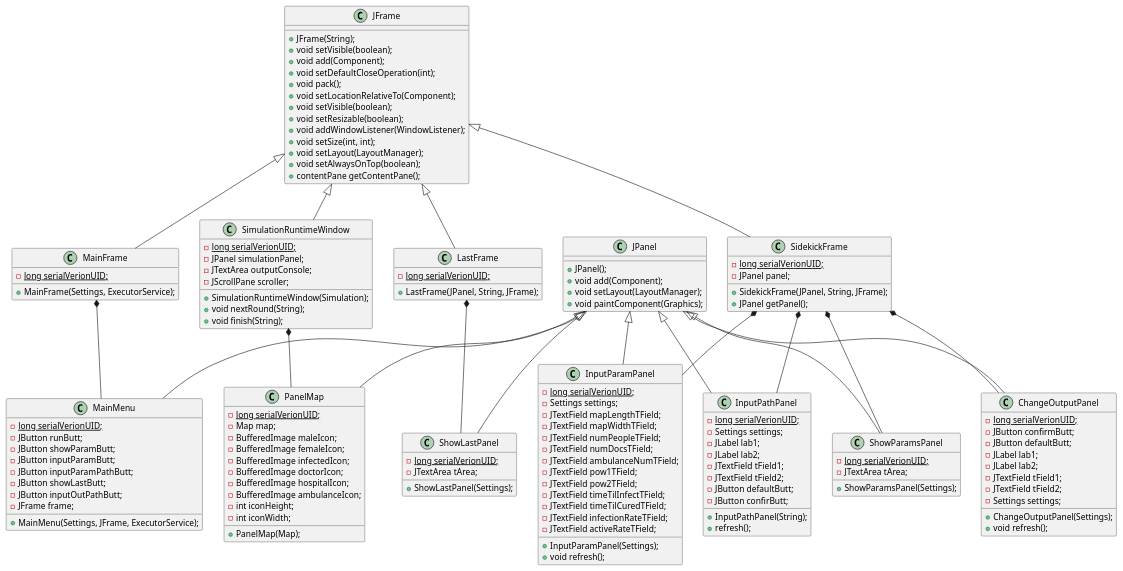
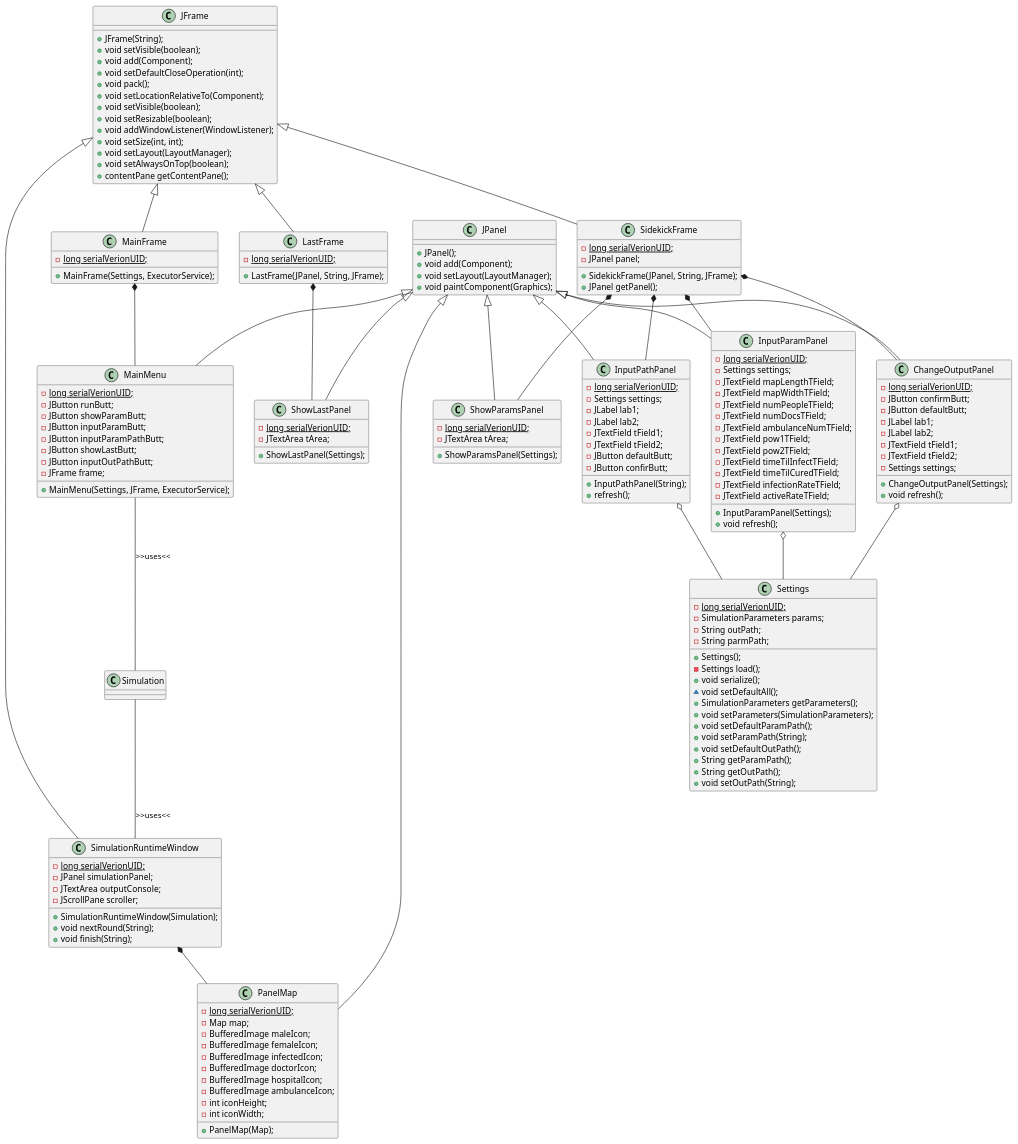
The diagram in dokumentacja/class_diagram/class_diagram_gui/class_diagram_gui_08062020.plantuml (karolWazny/plague-repo), drawn with PlantUML before and after one commit. The commit also changed 2 other files, not shown here.

```diff
--- a/dokumentacja/class_diagram/class_diagram_gui/class_diagram_gui_08062020.plantuml
+++ b/dokumentacja/class_diagram/class_diagram_gui/class_diagram_gui_08062020.plantuml
@@ -1,156 +1,180 @@
 @startuml class_diagram_gui_08062020
 
 class JFrame {
     + JFrame(String);
     + void setVisible(boolean);
     + void add(Component);
     + void setDefaultCloseOperation(int);
     + void pack();
     + void setLocationRelativeTo(Component);
     + void setVisible(boolean);
     + void setResizable(boolean);
     + void addWindowListener(WindowListener);
     + void setSize(int, int);
     + void setLayout(LayoutManager);
     + void setAlwaysOnTop(boolean);
     + contentPane getContentPane(); 
 }
 
 class JPanel {
     + JPanel();
     + void add(Component);
     + void setLayout(LayoutManager);
     + void paintComponent(Graphics);
 
 }
 
 class LastFrame {
     - {static} long serialVerionUID;
     + LastFrame(JPanel, String, JFrame);
 }
 
 class MainFrame {
     - {static} long serialVerionUID;
     + MainFrame(Settings, ExecutorService);
 }
 
 class SidekickFrame {
     - {static} long serialVerionUID;
     - JPanel panel;
     + SidekickFrame(JPanel, String, JFrame);
     + JPanel getPanel();
 }
 
 class SimulationRuntimeWindow{
     - {static} long serialVerionUID;
     - JPanel simulationPanel;
     - JTextArea outputConsole;
     - JScrollPane scroller;
     + SimulationRuntimeWindow(Simulation);
     + void nextRound(String);
     + void finish(String);
 }
 
 class ChangeOutputPanel {
     - {static} long serialVerionUID;
     - JButton confirmButt;
     - JButton defaultButt;
     - JLabel lab1;
     - JLabel lab2;
     - JTextField tField1;
     - JTextField tField2;
     - Settings settings;
     + ChangeOutputPanel(Settings);
     + void refresh();
 }
 
 class InputParamPanel{
     - {static} long serialVerionUID;
     - Settings settings;
     - JTextField mapLengthTField;
     - JTextField mapWidthTField;
     - JTextField numPeopleTField;
     - JTextField numDocsTField;
     - JTextField ambulanceNumTField;
     - JTextField pow1TField;
     - JTextField pow2TField;
     - JTextField timeTilInfectTField;
     - JTextField timeTilCuredTField;
     - JTextField infectionRateTField;
     - JTextField activeRateTField;
     + InputParamPanel(Settings);
     + void refresh();
 }
 
 class InputPathPanel {
     - {static} long serialVerionUID;
     - Settings settings;
     - JLabel lab1;
     - JLabel lab2;
     - JTextField tField1;
     - JTextField tField2;
     - JButton defaultButt;
     - JButton confirButt;
     + InputPathPanel(String);
     + refresh();
 }
 
 class MainMenu {
     - {static} long serialVerionUID;
     - JButton runButt;
     - JButton showParamButt;
     - JButton inputParamButt;
     - JButton inputParamPathButt;
     - JButton showLastButt;
     - JButton inputOutPathButt;
     - JFrame frame;
     + MainMenu(Settings, JFrame, ExecutorService);
 }
 
 class PanelMap {
     - {static} long serialVerionUID;
     - Map map;
     - BufferedImage maleIcon;
     - BufferedImage femaleIcon;
     - BufferedImage infectedIcon;
     - BufferedImage doctorIcon;
     - BufferedImage hospitalIcon;
     - BufferedImage ambulanceIcon;
     - int iconHeight;
     - int iconWidth;
     + PanelMap(Map);
 }
 
 class ShowLastPanel {
     - {static} long serialVerionUID;
     - JTextArea tArea;
     + ShowLastPanel(Settings);
 }
 
 class ShowParamsPanel {
     - {static} long serialVerionUID;
     - JTextArea tArea;
     + ShowParamsPanel(Settings);
 }
 
+class Settings{
+    - {static} long serialVerionUID;
+    - SimulationParameters params;
+    - String outPath;
+    - String parmPath;
+    + Settings();
+    - Settings load();
+    + void serialize();
+    ~ void setDefaultAll();
+    + SimulationParameters getParameters();
+    + void setParameters(SimulationParameters);
+    + void setDefaultParamPath();
+    + void setParamPath(String);
+    + void setDefaultOutPath();
+    + String getParamPath();
+    + String getOutPath();
+    + void setOutPath(String);
+}
+
 JFrame<|--MainFrame
 JFrame<|--SidekickFrame
 JFrame<|--SimulationRuntimeWindow
 JFrame<|-- LastFrame
 JPanel<|--ChangeOutputPanel
 JPanel<|--InputParamPanel
 JPanel<|--InputPathPanel
 JPanel<|--MainMenu
 JPanel<|--PanelMap
 JPanel<|--ShowLastPanel
 JPanel<|--ShowParamsPanel
 
-SidekickFrame*--ChangeOutputPanel
-SidekickFrame*--InputParamPanel
-SidekickFrame*--InputPathPanel
-SidekickFrame*--ShowParamsPanel
-MainFrame*--MainMenu
-LastFrame*--ShowLastPanel
-SimulationRuntimeWindow*--PanelMap
+SidekickFrame *-- ChangeOutputPanel
+SidekickFrame *-- InputParamPanel
+SidekickFrame *-- InputPathPanel
+SidekickFrame *-- ShowParamsPanel
+MainFrame *-- MainMenu
+LastFrame *-- ShowLastPanel
+SimulationRuntimeWindow *-- PanelMap
+InputParamPanel o-- Settings
+InputPathPanel o-- Settings
+ChangeOutputPanel o-- Settings
+MainMenu -- Simulation :>>uses<<
+Simulation -- SimulationRuntimeWindow: >>uses<<
 
 @enduml
```
